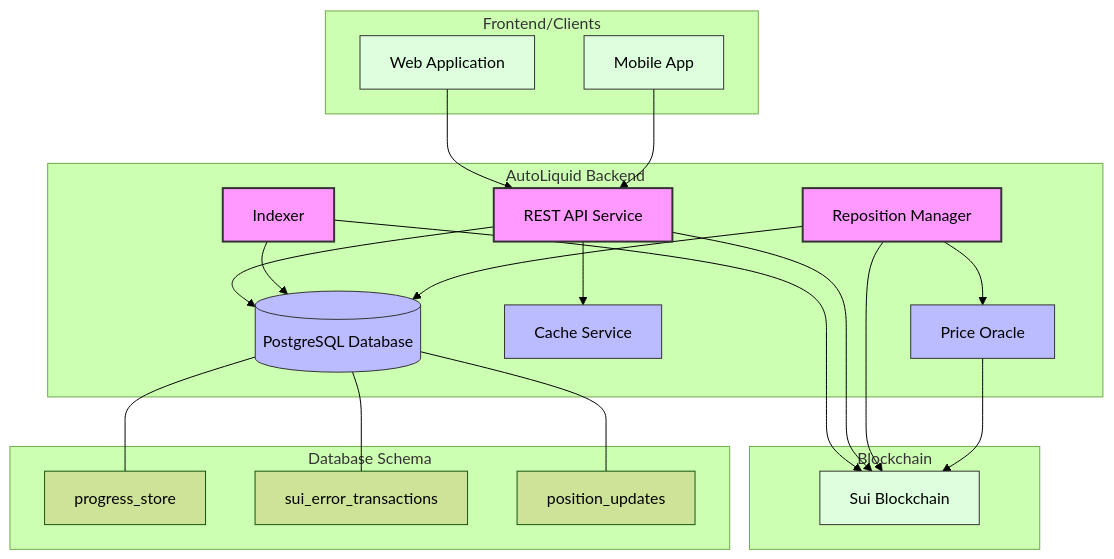
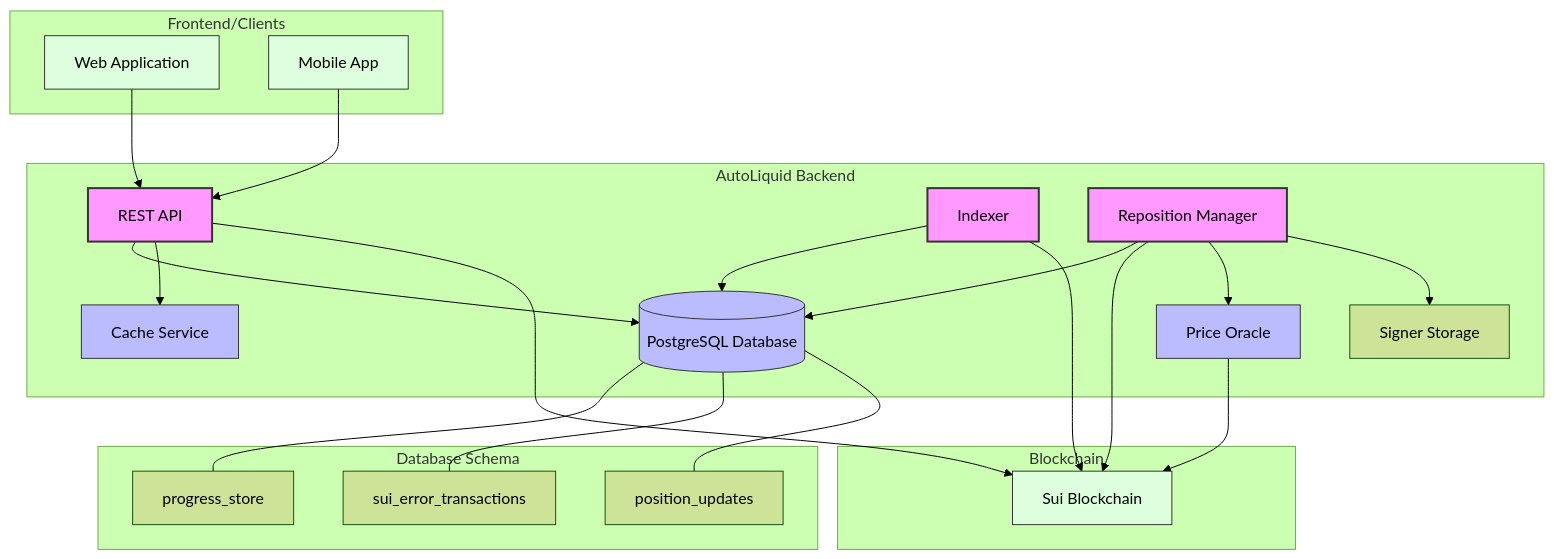
Before and after one commit to tnv1/autoliquid-be: the diagram in docs/architecture_diagram.md, drawn with Mermaid (forest theme). The commit also changed other lines of this file and 1 other file, not shown here.

Commit message:
Implement Blufin price and update System Diagram

````diff
--- a/docs/architecture_diagram.md
+++ b/docs/architecture_diagram.md
@@ -5,53 +5,55 @@
 ```mermaid
 graph TD
     subgraph "AutoLiquid Backend"
-        API[REST API Service]
+        API[REST API]
         Indexer[Indexer]
         DB[(PostgreSQL Database)]
         Cache[Cache Service]
         RepositionManager[Reposition Manager]
         PriceOracle[Price Oracle]
+        SignerStorage[Signer Storage]
     end
 
     subgraph "Blockchain"
         Sui[Sui Blockchain]
     end
 
     subgraph "Frontend/Clients"
         Web[Web Application]
         Mobile[Mobile App]
     end
 
     %% Connections
     Web --> API
     Mobile --> API
     API --> DB
     API --> Cache
     Indexer --> DB
     Indexer --> Sui
     API --> Sui
     RepositionManager --> DB
     RepositionManager --> Sui
     RepositionManager --> PriceOracle
     PriceOracle --> Sui
+    RepositionManager --> SignerStorage
     
     %% Database Tables
     subgraph "Database Schema"
         ProgressStore[progress_store]
         ErrorTxns[sui_error_transactions]
         PositionUpdates[position_updates]
     end
     
     DB --- ProgressStore
     DB --- ErrorTxns
     DB --- PositionUpdates
 
     %% Description
     classDef primary fill:#f9f,stroke:#333,stroke-width:2px;
     classDef secondary fill:#bbf,stroke:#333,stroke-width:1px;
     classDef external fill:#dfd,stroke:#333,stroke-width:1px;
     
     class API,Indexer,RepositionManager primary;
     class DB,Cache,PriceOracle secondary;
     class Sui,Web,Mobile external;
 ```
````
